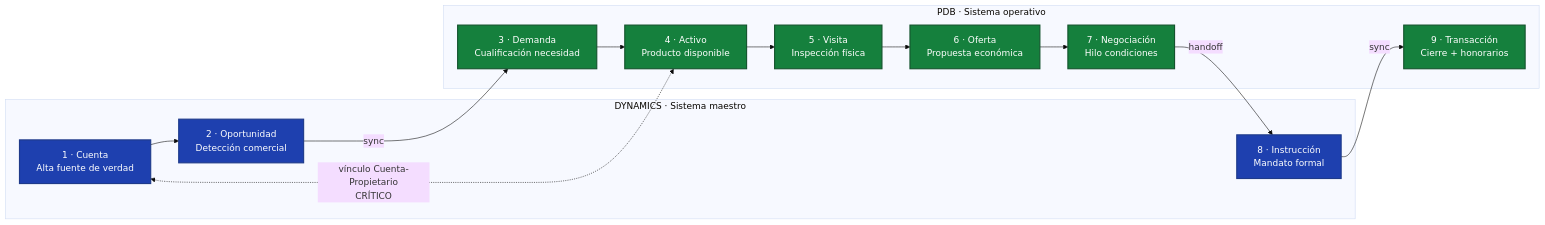
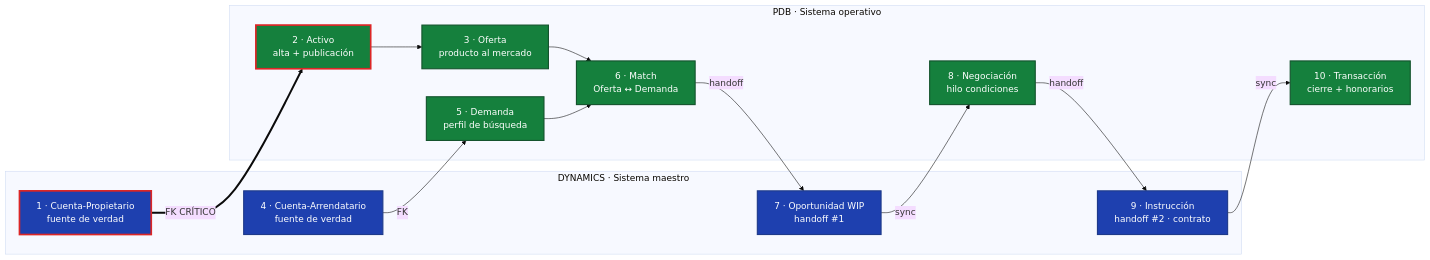
One commit to alvarosierra90-dot/pdb-crm changed the first of 10 diagrams in FLUJOS_PDB.md. Above: the diagram before and after it, drawn with Mermaid (base theme). The commit also changed other lines of this file and 2 other files, not shown here.

First line of the commit message:
Fix process flow: Oportunidad is WIP intermediate, not the origin

````diff
--- a/FLUJOS_PDB.md
+++ b/FLUJOS_PDB.md
@@ -9,34 +9,35 @@
 ```mermaid
 flowchart LR
     subgraph DYN[DYNAMICS · Sistema maestro]
-        D1[1 · Cuenta<br/>Alta fuente de verdad]
-        D2[2 · Oportunidad<br/>Detección comercial]
-        D8[8 · Instrucción<br/>Mandato formal]
+        D1[1 · Cuenta-Propietario<br/>fuente de verdad]
+        D4[4 · Cuenta-Arrendatario<br/>fuente de verdad]
+        D7[7 · Oportunidad WIP<br/>handoff #1]
+        D9[9 · Instrucción<br/>handoff #2 · contrato]
     end
 
     subgraph PDB[PDB · Sistema operativo]
-        P3[3 · Demanda<br/>Cualificación necesidad]
-        P4[4 · Activo<br/>Producto disponible]
-        P5[5 · Visita<br/>Inspección física]
-        P6[6 · Oferta<br/>Propuesta económica]
-        P7[7 · Negociación<br/>Hilo condiciones]
-        P9[9 · Transacción<br/>Cierre + honorarios]
+        P2[2 · Activo<br/>alta + publicación]
+        P3[3 · Oferta<br/>producto al mercado]
+        P5[5 · Demanda<br/>perfil de búsqueda]
+        P6[6 · Match<br/>Oferta ↔ Demanda]
+        P8[8 · Negociación<br/>hilo condiciones]
+        P10[10 · Transacción<br/>cierre + honorarios]
     end
 
-    D1 --> D2
-    D2 -->|sync| P3
-    P3 --> P4
-    P4 --> P5
+    D1 ==>|FK CRÍTICO| P2
+    P2 --> P3
+    D4 -->|FK| P5
+    P3 --> P6
     P5 --> P6
-    P6 --> P7
-    P7 -->|handoff| D8
-    D8 -->|sync| P9
-
-    P4 <-.->|vínculo Cuenta-Propietario<br/>CRÍTICO| D1
+    P6 -->|handoff| D7
+    D7 -->|sync| P8
+    P8 -->|handoff| D9
+    D9 -->|sync| P10
 
     classDef dyn fill:#1e40af,stroke:#1e3a8a,color:#fff,stroke-width:2px
     classDef pdb fill:#15803d,stroke:#14532d,color:#fff,stroke-width:2px
     classDef critical stroke:#dc2626,stroke-width:3px,color:#fff
-    class D1,D2,D8 dyn
-    class P3,P4,P5,P6,P7,P9 pdb
+    class D1,D4,D7,D9 dyn
+    class P2,P3,P5,P6,P8,P10 pdb
+    class D1,P2 critical
 ```
````
